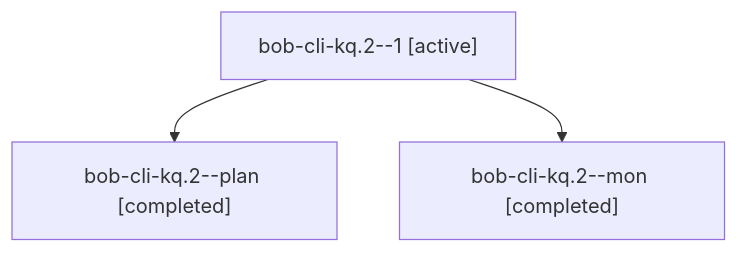
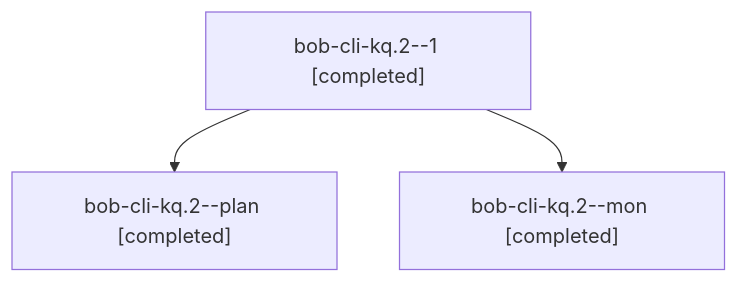
The diagram in sessions/bbugyi200.athena.bob-cli-kq.2.md (bobs-org/bob-cli--agents), drawn with Mermaid before and after one commit. The commit also changed other lines of this file and 29 other files, not shown here.

````diff
--- a/sessions/bbugyi200.athena.bob-cli-kq.2.md
+++ b/sessions/bbugyi200.athena.bob-cli-kq.2.md
@@ -9,8 +9,8 @@
 ```mermaid
 flowchart TD
-  n0["bob-cli-kq.2--1 [active]"]
+  n0["bob-cli-kq.2--1 [completed]"]
   n1["bob-cli-kq.2--plan [completed]"]
   n0 --> n1
   n2["bob-cli-kq.2--mon [completed]"]
   n0 --> n2
 ```
````
